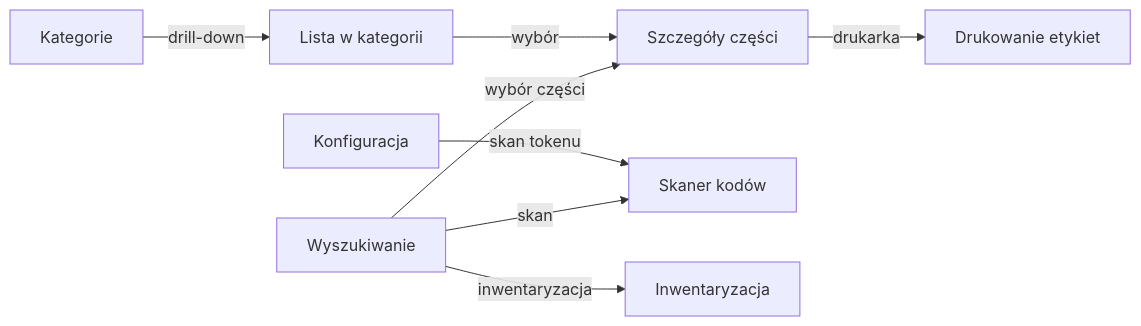
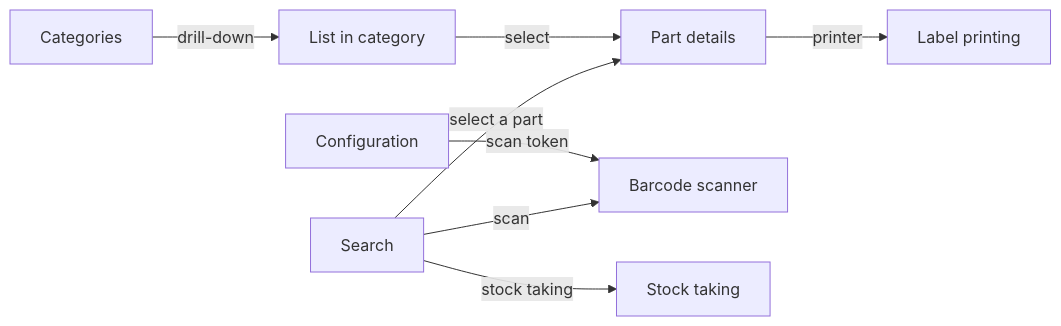
One commit to bartkepl/partdb_scanner changed the diagram in doc/docs/pages/index.md. Above: the diagram before and after it, drawn with Mermaid. The commit also changed other lines of this file and 29 other files, not shown here.

````diff
--- a/doc/docs/pages/index.md
+++ b/doc/docs/pages/index.md
@@ -18,10 +18,10 @@
 ```mermaid
 graph LR
-    A[Wyszukiwanie] -->|wybór części| B[Szczegóły części]
-    A -->|skan| C[Skaner kodów]
-    A -->|inwentaryzacja| D[Inwentaryzacja]
-    B -->|drukarka| E[Drukowanie etykiet]
-    F[Kategorie] -->|drill-down| G[Lista w kategorii]
-    G -->|wybór| B
-    H[Konfiguracja] -->|skan tokenu| C
+    A[Search] -->|select a part| B[Part details]
+    A -->|scan| C[Barcode scanner]
+    A -->|stock taking| D[Stock taking]
+    B -->|printer| E[Label printing]
+    F[Categories] -->|drill-down| G[List in category]
+    G -->|select| B
+    H[Configuration] -->|scan token| C
 ```
````
